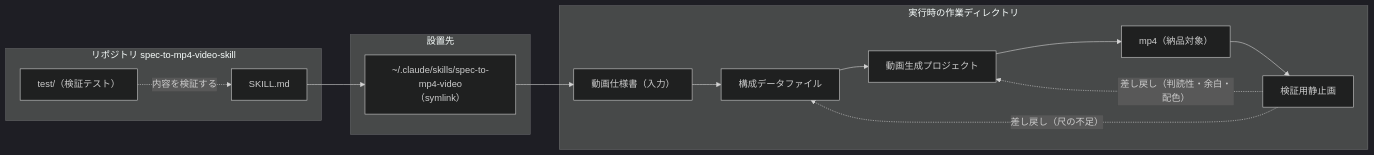
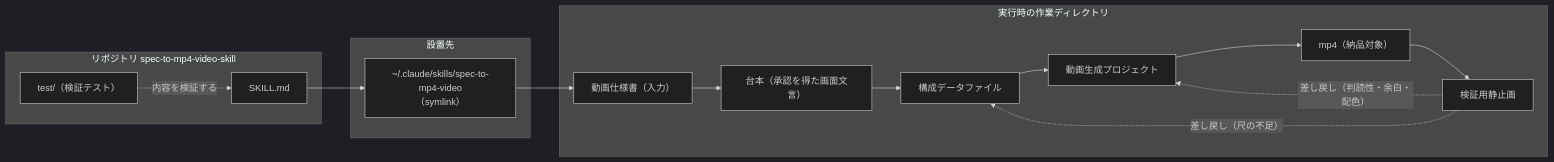
Before and after one commit to rictaworks/spec-to-mp4-video-skill: the third of 3 diagrams in SPEC/skill-structure.md, drawn with Mermaid (dark theme). The commit also changed other lines of this file and 15 other files, not shown here.

````diff
--- a/SPEC/skill-structure.md
+++ b/SPEC/skill-structure.md
@@ -75,29 +87,31 @@
 ```mermaid
 flowchart LR
     subgraph REPO["リポジトリ spec-to-mp4-video-skill"]
         SK["SKILL.md"]
         TEST["test/（検証テスト）"]
     end
 
     subgraph HOST["設置先"]
         LINK["~/.claude/skills/spec-to-mp4-video<br/>（symlink）"]
     end
 
     subgraph WORK["実行時の作業ディレクトリ"]
         IN["動画仕様書（入力）"]
+        SCRIPT["台本（承認を得た画面文言）"]
         DATA["構成データファイル"]
         PROJ["動画生成プロジェクト"]
         FRAMES["検証用静止画"]
         OUT["mp4（納品対象）"]
     end
 
     SK --> LINK
     TEST -.->|内容を検証する| SK
     LINK --> IN
-    IN --> DATA
+    IN --> SCRIPT
+    SCRIPT --> DATA
     DATA --> PROJ
     PROJ --> OUT
     OUT --> FRAMES
     FRAMES -.->|差し戻し（判読性・余白・配色）| PROJ
     FRAMES -.->|差し戻し（尺の不足）| DATA
 ```
````
